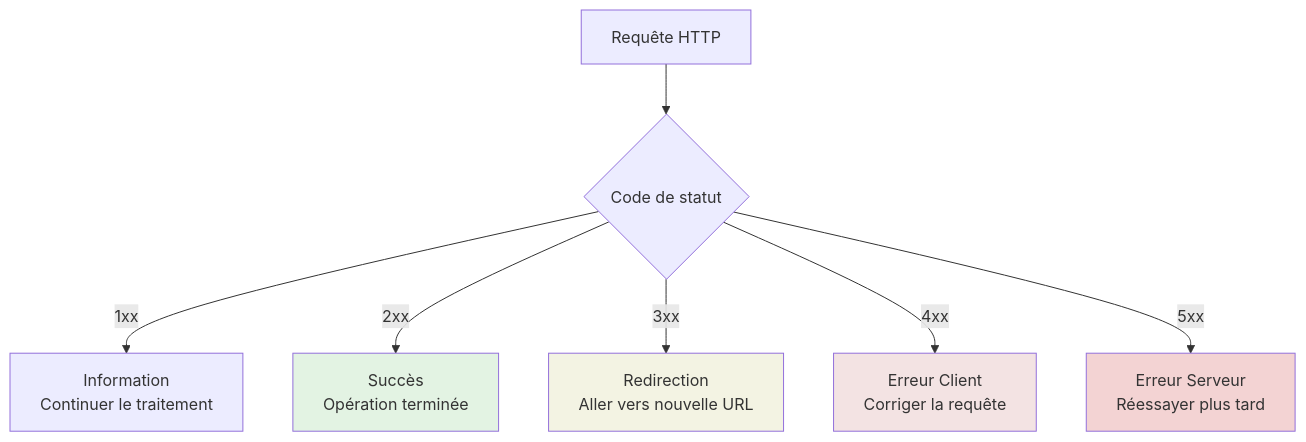
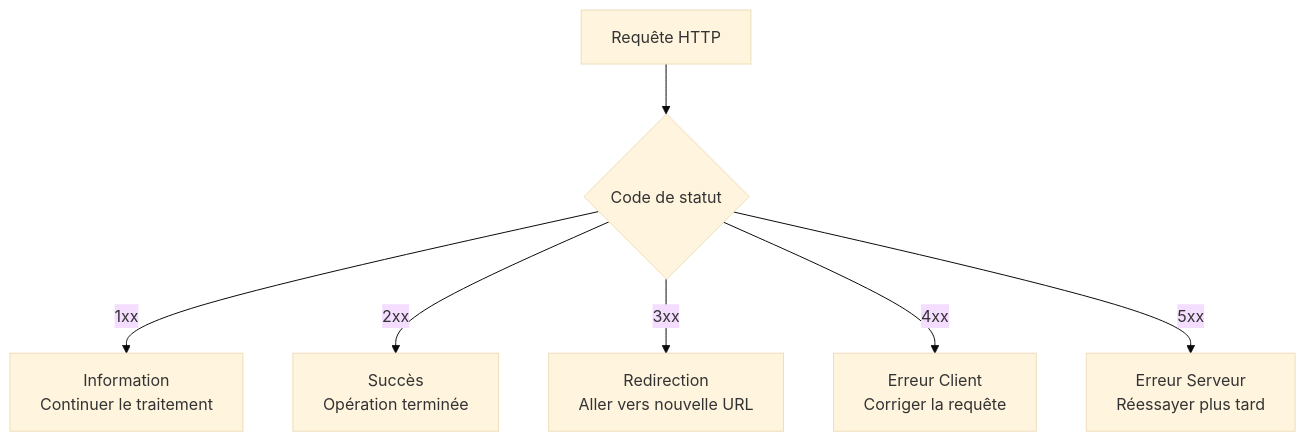
One commit to zyrass/omnydocs changed the first of 6 diagrams in docs/bases/concepts/liste-code-erreur.md. Above: the diagram before and after it, drawn with Mermaid. The commit also changed other lines of this file and 24 other files, not shown here.

````diff
--- a/docs/bases/concepts/liste-code-erreur.md
+++ b/docs/bases/concepts/liste-code-erreur.md
@@ -42,14 +63,13 @@
 ```mermaid
+---
+config:
+  theme: "base"
+---
 graph TB
     A[Requête HTTP] --> B{Code de statut}
     B -->|1xx| C[Information<br/>Continuer le traitement]
     B -->|2xx| D[Succès<br/>Opération terminée]
     B -->|3xx| E[Redirection<br/>Aller vers nouvelle URL]
     B -->|4xx| F[Erreur Client<br/>Corriger la requête]
     B -->|5xx| G[Erreur Serveur<br/>Réessayer plus tard]
-    
-    style D fill:#e3f3e3
-    style E fill:#f3f3e3
-    style F fill:#f3e3e3
-    style G fill:#f3d3d3
 ```
````
